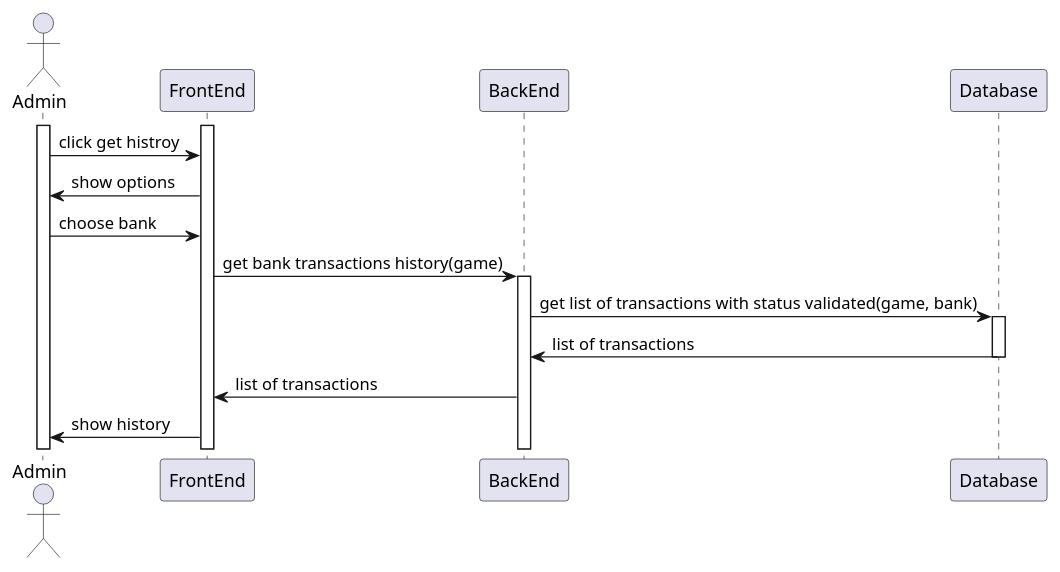
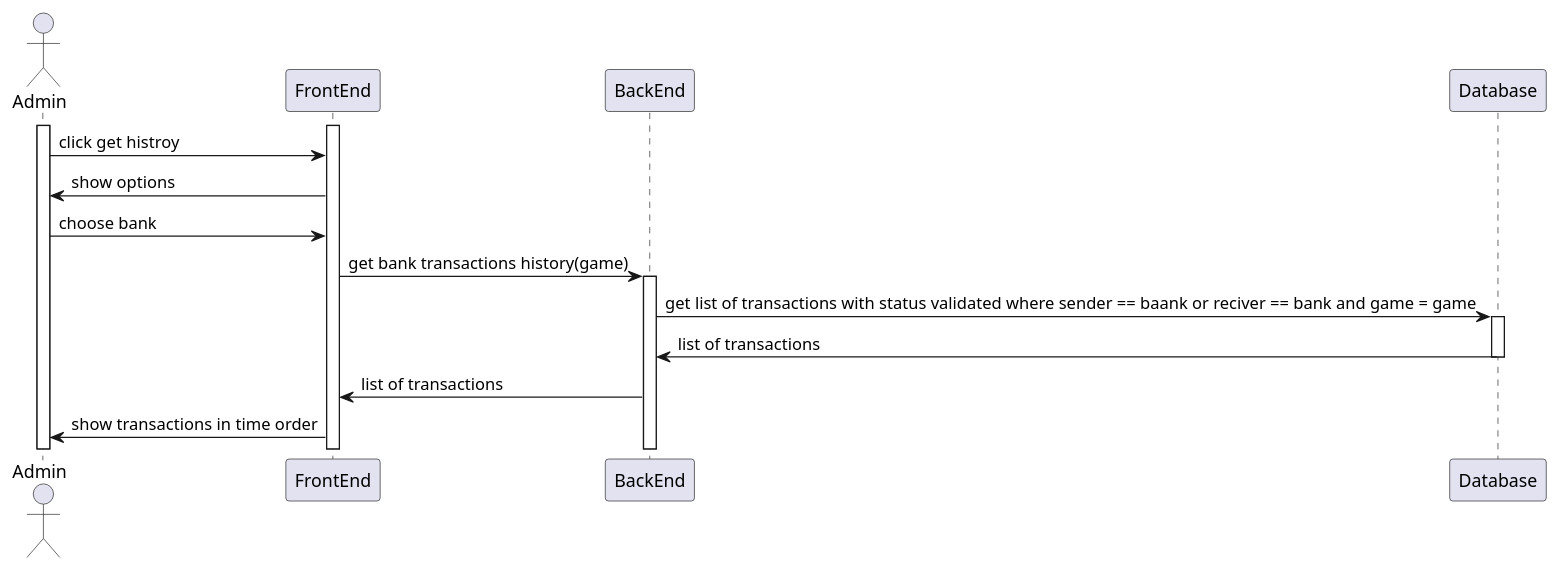
Before and after one commit to monoploy-game/design: the diagram in detailedSDs/admin/see_transactions_history_of_bank.wsd, drawn with PlantUML. The commit also changed 1 other file, not shown here.

Commit message:
sync with database

```diff
--- a/detailedSDs/admin/see_transactions_history_of_bank.wsd
+++ b/detailedSDs/admin/see_transactions_history_of_bank.wsd
@@ -1,25 +1,25 @@
 @startuml "see transaction history of bank"
 
 actor Admin
 
 Activate Admin
 Activate FrontEnd
 
 Admin -> FrontEnd : click get histroy
 FrontEnd -> Admin : show options
 Admin -> FrontEnd : choose bank
 FrontEnd -> BackEnd : get bank transactions history(game)
 Activate BackEnd
 
-BackEnd -> Database : get list of transactions with status validated(game, bank)
+BackEnd -> Database : get list of transactions with status validated where sender == baank or reciver == bank and game = game
 Activate Database
 
 Database -> BackEnd : list of transactions
 deactivate Database
 
 BackEnd -> FrontEnd : list of transactions
 
 
-FrontEnd -> Admin : show history
+FrontEnd -> Admin : show transactions in time order
 
 @enduml
```
